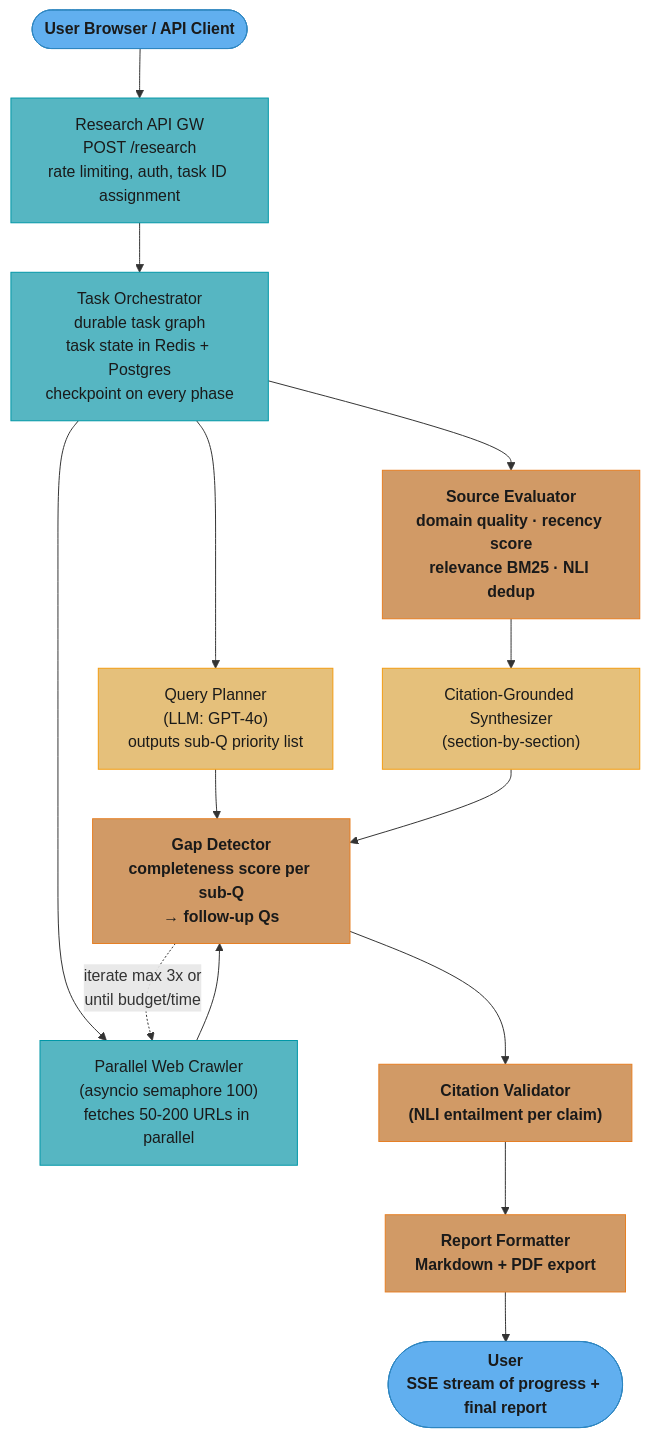
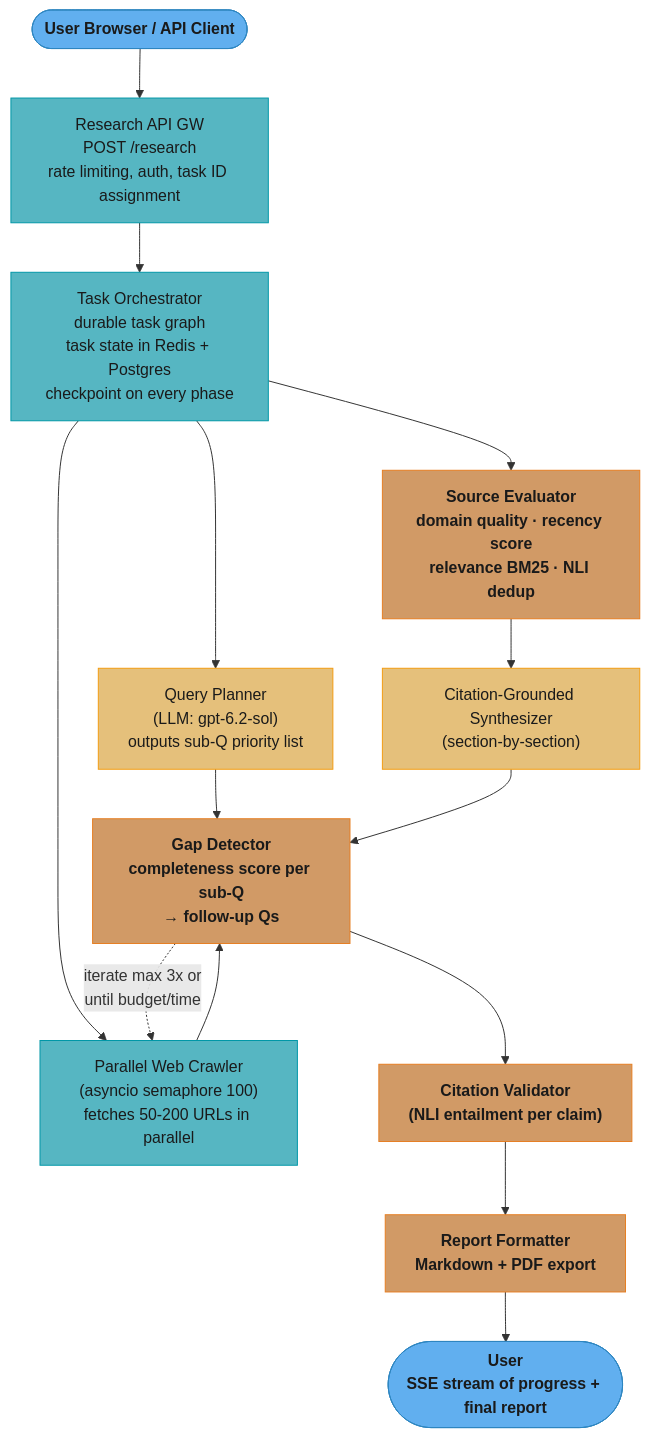
One commit to rppol/system-design changed the diagram in src/main/java/com/rutik/systemdesign/llm/case_studies/design_browser_research_agent.md. Above: the diagram before and after it, drawn with Mermaid. The commit also changed other lines of this file and 25 other files, not shown here.

````diff
--- a/src/main/java/com/rutik/systemdesign/llm/case_studies/design_browser_research_agent.md
+++ b/src/main/java/com/rutik/systemdesign/llm/case_studies/design_browser_research_agent.md
@@ -103,29 +103,29 @@
 ```mermaid
 flowchart TD
     classDef io      fill:#61afef,stroke:#2e86c1,color:#1a1a1a,font-weight:bold
     classDef frozen  fill:#c678dd,stroke:#9b59b6,color:#fff
     classDef train   fill:#98c379,stroke:#27ae60,color:#1a1a1a
     classDef mathOp  fill:#d19a66,stroke:#e67e22,color:#1a1a1a,font-weight:bold
     classDef lossN   fill:#e06c75,stroke:#c0392b,color:#fff,font-weight:bold
     classDef req     fill:#56b6c2,stroke:#0097a7,color:#1a1a1a
     classDef base    fill:#e5c07b,stroke:#f39c12,color:#1a1a1a
 
     UIN(["User Browser / API Client"]) --> GW["Research API GW\nPOST /research\nrate limiting, auth, task ID assignment"]
     GW --> ORCH["Task Orchestrator\ndurable task graph\ntask state in Redis + Postgres\ncheckpoint on every phase"]
-    ORCH --> PLAN["Query Planner\n(LLM: GPT-4o)\noutputs sub-Q priority list"]
+    ORCH --> PLAN["Query Planner\n(LLM: gpt-6.2-sol)\noutputs sub-Q priority list"]
     ORCH --> CRAWL["Parallel Web Crawler\n(asyncio semaphore 100)\nfetches 50-200 URLs in parallel"]
     ORCH --> EVAL["Source Evaluator\ndomain quality · recency score\nrelevance BM25 · NLI dedup"]
     EVAL --> SYN["Citation-Grounded Synthesizer\n(section-by-section)"]
     PLAN --> GD["Gap Detector\ncompleteness score per sub-Q\n→ follow-up Qs"]
     CRAWL --> GD
     SYN --> GD
     GD -.->|"iterate max 3x or\nuntil budget/time"| CRAWL
     GD --> CV["Citation Validator\n(NLI entailment per claim)"]
     CV --> FMT["Report Formatter\nMarkdown + PDF export"]
     FMT --> UOUT(["User\nSSE stream of progress + final report"])
 
     class UIN,UOUT io
     class GW,ORCH,CRAWL req
     class PLAN,SYN base
     class EVAL,GD,CV,FMT mathOp
 ```
````
